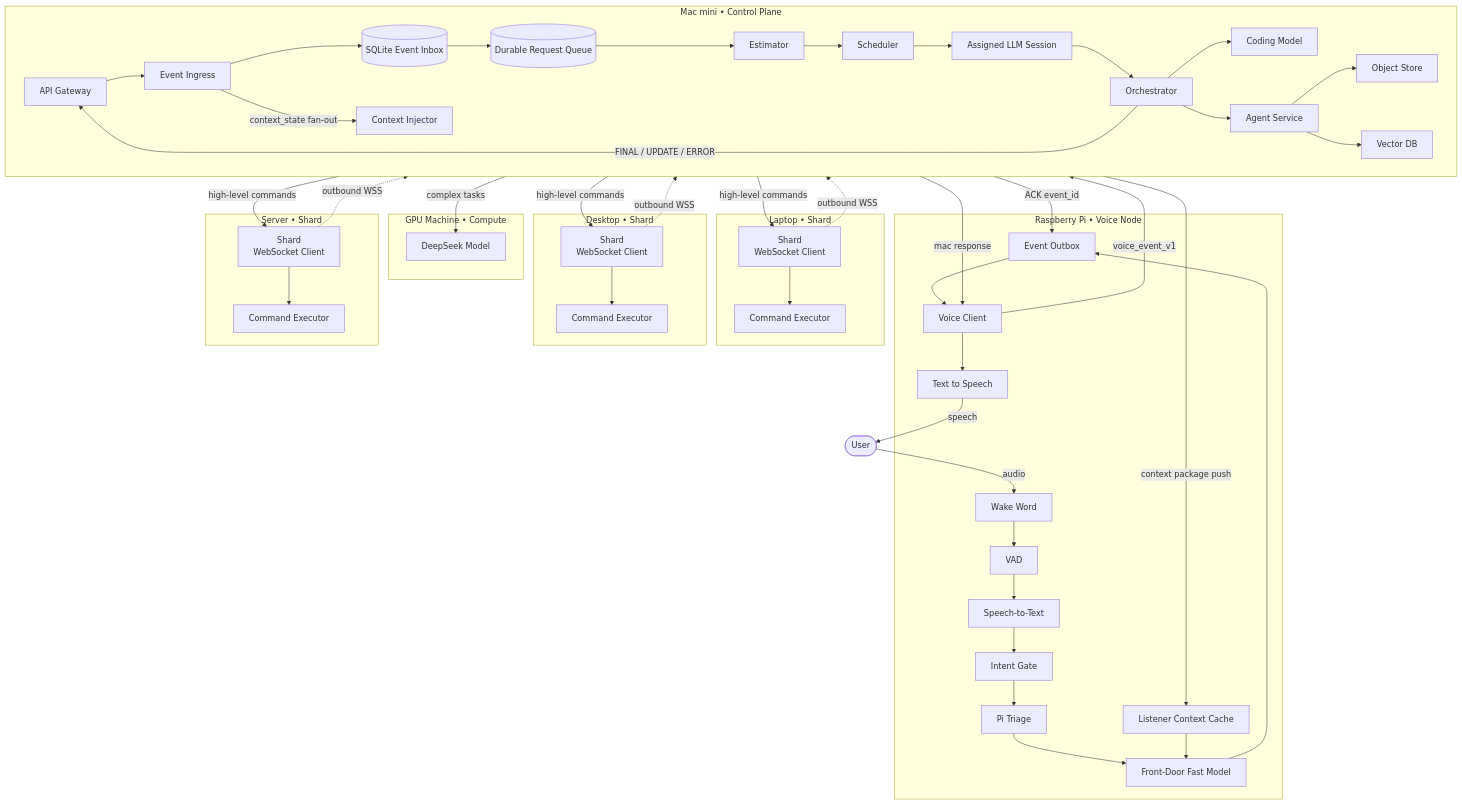
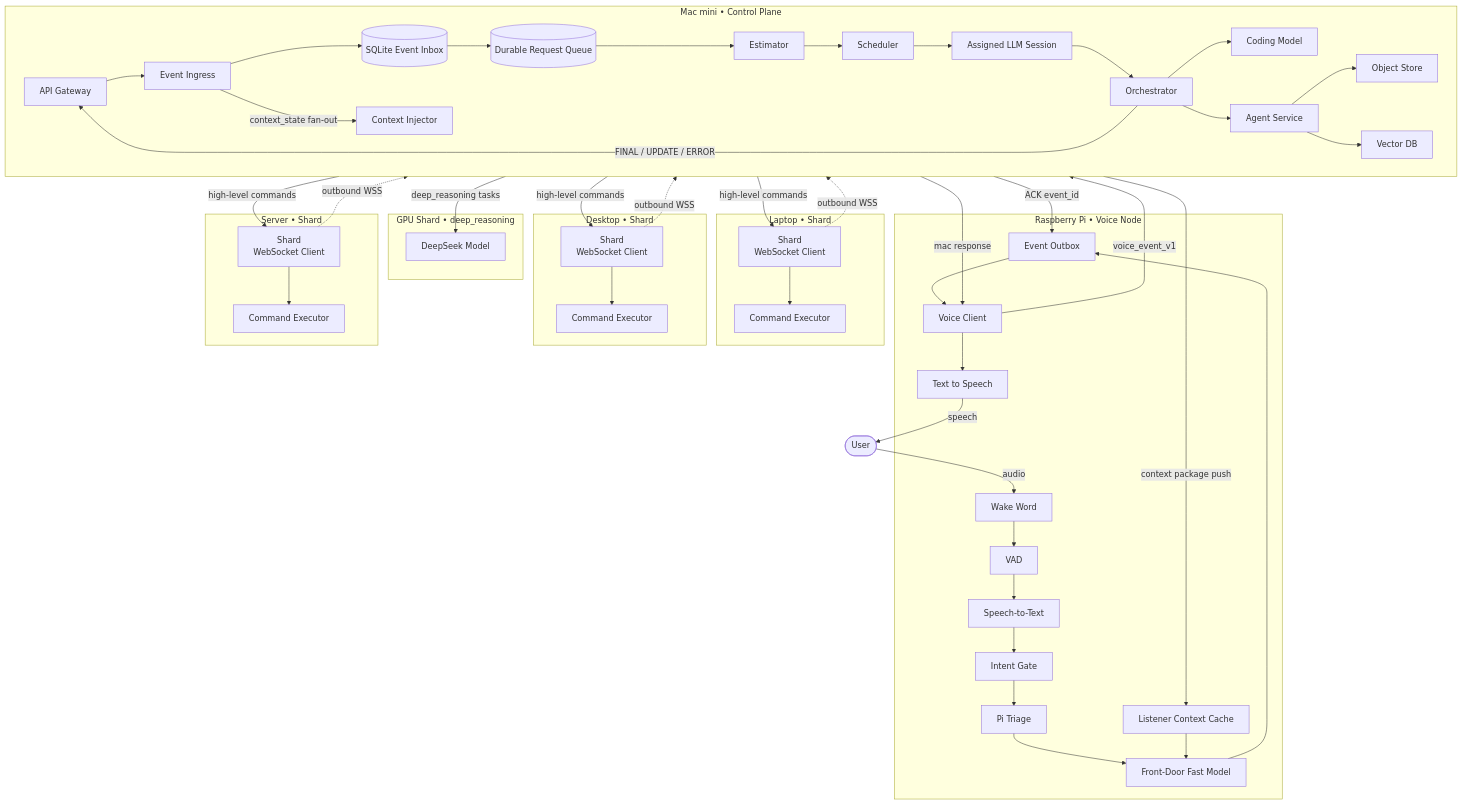
The first of 3 diagrams in docs/arch/v1/scyra.md (m-scanlon/tony-stark-was-able-tobuild-this-in-a-cave), drawn with Mermaid before and after one commit. The commit also changed other lines of this file and 5 other files, not shown here.

First line of the commit message:
Remove GPU as a separate architectural tier — GPU machines are Shards

```diff
--- a/docs/arch/v1/scyra.md
+++ b/docs/arch/v1/scyra.md
@@ -82,12 +81,11 @@
     PROJ --> VDB
   end
 
-  %% GPU Machine
-  subgraph GPU[GPU Machine • Compute]
+  %% Shards — any device that registers capabilities
+  subgraph GPUSHARD[GPU Shard • deep_reasoning]
     DEEP[DeepSeek Model]
   end
 
-  %% Agent Machines
   subgraph LAPTOP[Laptop • Shard]
     LAGENT[Shard\nWebSocket Client]
     LEXEC[Command Executor]
@@ -116,8 +114,8 @@
   APIGW -->|mac response| VCLIENT
   TTS -->|speech| USER
 
-  %% Compute and agents
-  ORCH -->|complex tasks| DEEP
+  %% Shard routing
+  ORCH -->|deep_reasoning tasks| DEEP
   CIX -->|context package push| LCACHE
   ORCH -->|high-level commands| LAGENT
   ORCH -->|high-level commands| DAGENT
```
